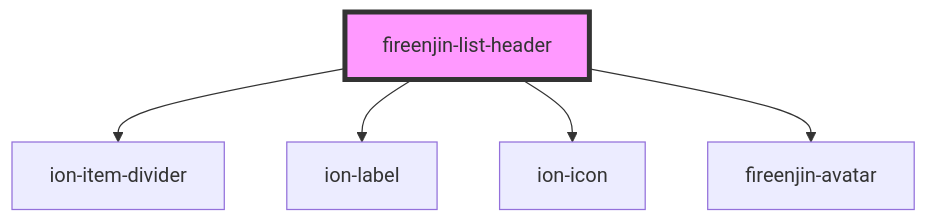
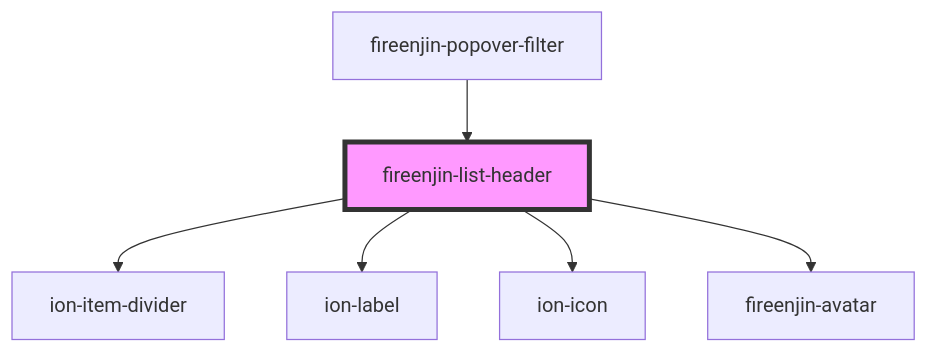
The diagram in src/components/list-header/readme.md (FireEnjin/Components), drawn with Mermaid before and after one commit. The commit also changed other lines of this file and 6 other files, not shown here.

````diff
--- a/src/components/list-header/readme.md
+++ b/src/components/list-header/readme.md
@@ -28,8 +32,9 @@
 ```mermaid
 graph TD;
   fireenjin-list-header --> ion-item-divider
   fireenjin-list-header --> ion-label
   fireenjin-list-header --> ion-icon
   fireenjin-list-header --> fireenjin-avatar
+  fireenjin-popover-filter --> fireenjin-list-header
   style fireenjin-list-header fill:#f9f,stroke:#333,stroke-width:4px
 ```
````
